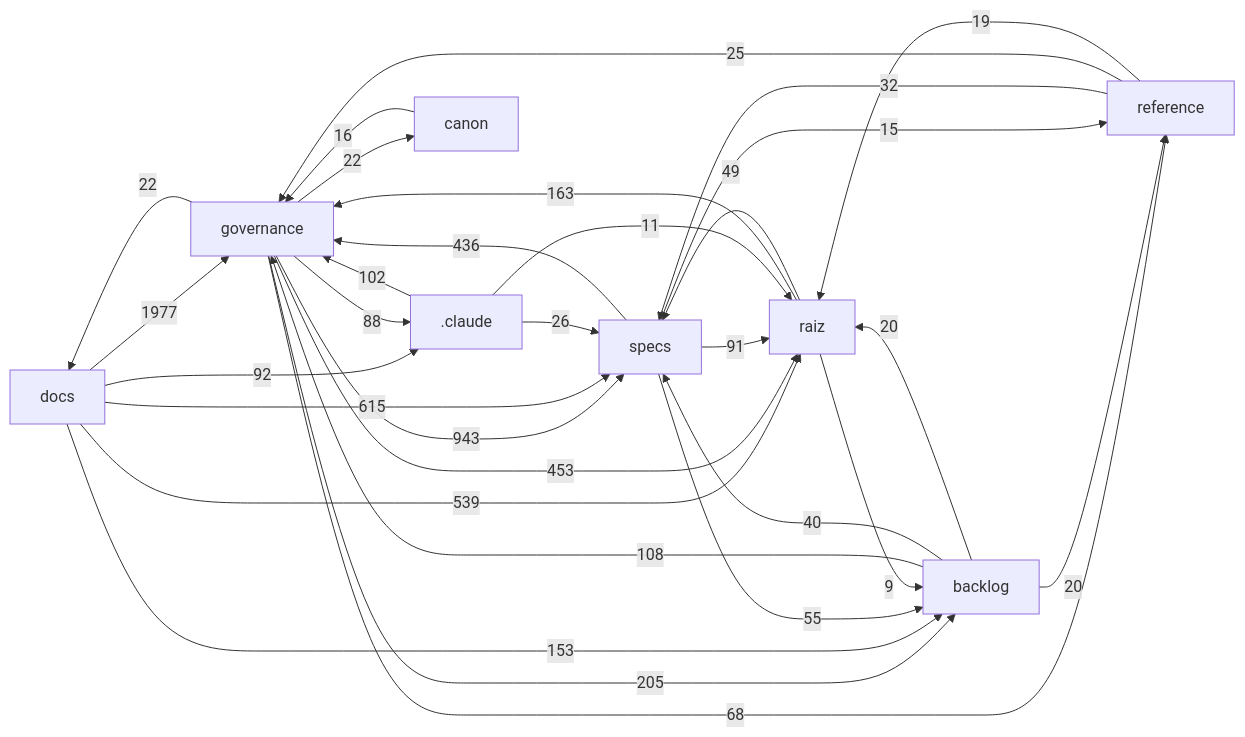
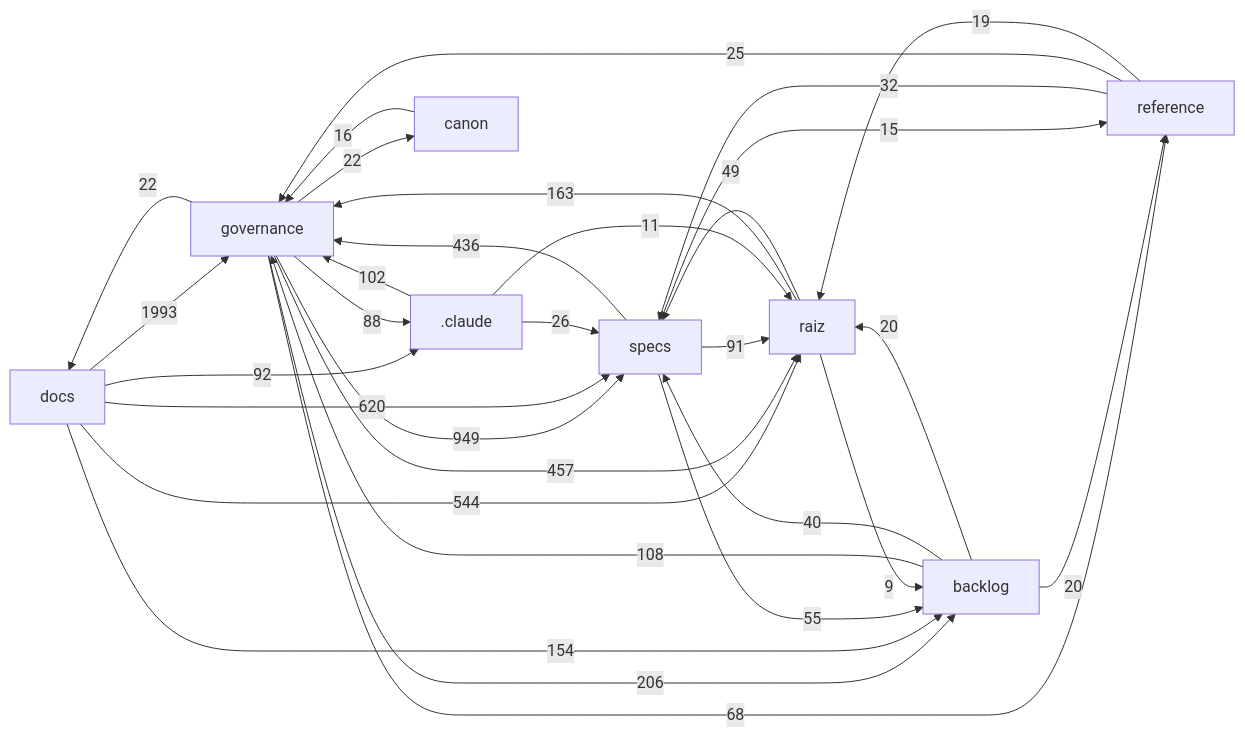
One commit to Andraus35/Sistema-Operacional-de-Trading--SOT changed the diagram in docs/mapa/MAPA-PROJETO.md. Above: the diagram before and after it, drawn with Mermaid. The commit also changed other lines of this file and 7 other files, not shown here.

First line of the commit message:
Proposta pre-testada: prova de conservacao (equiv_conservacao) e simulacao AGENTS s7/ROADMAP; nada aplicado; HANDOFF HO-115

````diff
--- a/docs/mapa/MAPA-PROJETO.md
+++ b/docs/mapa/MAPA-PROJETO.md
@@ -29,33 +29,33 @@
 ```mermaid
 flowchart LR
-  docs["docs"] -->|1977| governance["governance"]
-  governance["governance"] -->|943| specs["specs"]
-  docs["docs"] -->|615| specs["specs"]
-  docs["docs"] -->|539| raiz["raiz"]
-  governance["governance"] -->|453| raiz["raiz"]
+  docs["docs"] -->|1993| governance["governance"]
+  governance["governance"] -->|949| specs["specs"]
+  docs["docs"] -->|620| specs["specs"]
+  docs["docs"] -->|544| raiz["raiz"]
+  governance["governance"] -->|457| raiz["raiz"]
   specs["specs"] -->|436| governance["governance"]
-  governance["governance"] -->|205| backlog["backlog"]
+  governance["governance"] -->|206| backlog["backlog"]
   raiz["raiz"] -->|163| governance["governance"]
-  docs["docs"] -->|153| backlog["backlog"]
+  docs["docs"] -->|154| backlog["backlog"]
   backlog["backlog"] -->|108| governance["governance"]
   _claude[".claude"] -->|102| governance["governance"]
   docs["docs"] -->|92| _claude[".claude"]
   specs["specs"] -->|91| raiz["raiz"]
   governance["governance"] -->|88| _claude[".claude"]
   governance["governance"] -->|68| reference["reference"]
   specs["specs"] -->|55| backlog["backlog"]
   raiz["raiz"] -->|49| specs["specs"]
   backlog["backlog"] -->|40| specs["specs"]
   reference["reference"] -->|32| specs["specs"]
   _claude[".claude"] -->|26| specs["specs"]
   reference["reference"] -->|25| governance["governance"]
   governance["governance"] -->|22| docs["docs"]
   governance["governance"] -->|22| canon["canon"]
   backlog["backlog"] -->|20| raiz["raiz"]
   backlog["backlog"] -->|20| reference["reference"]
   reference["reference"] -->|19| raiz["raiz"]
   canon["canon"] -->|16| governance["governance"]
   specs["specs"] -->|15| reference["reference"]
   _claude[".claude"] -->|11| raiz["raiz"]
   raiz["raiz"] -->|9| backlog["backlog"]
 ```
````
